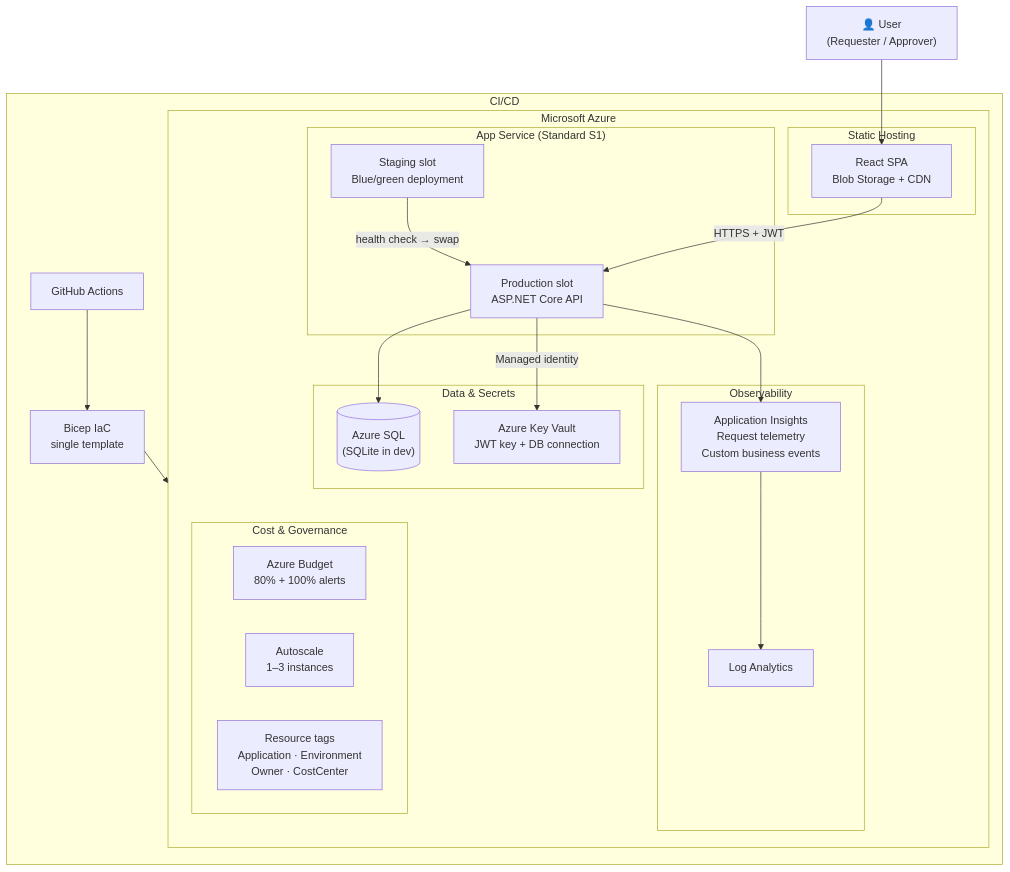
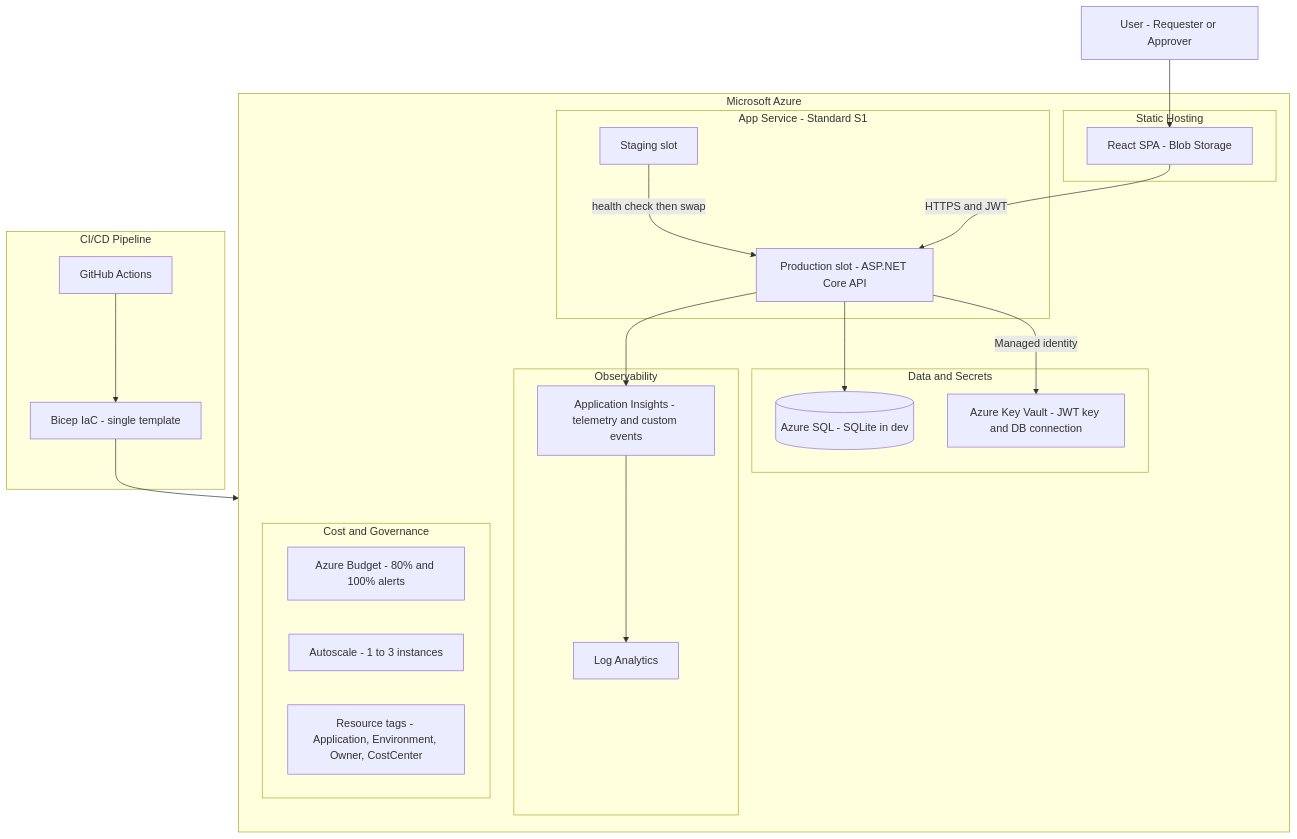
The second of 5 diagrams in docs/presentation-diagrams.md (Jugcmd/CloudSec), drawn with Mermaid before and after one commit. The commit also changed other lines of this file, not shown here.

Commit message:
fix: remove incompatible Mermaid syntax - emoji, arrows, special chars, quoted subgraphs

````diff
--- a/docs/presentation-diagrams.md
+++ b/docs/presentation-diagrams.md
@@ -34,45 +34,46 @@
 ```mermaid
 flowchart TB
-    User["👤 User\n(Requester / Approver)"]
+    User["User - Requester or Approver"]
 
-    subgraph AZURE ["Microsoft Azure"]
-        subgraph FRONTEND ["Static Hosting"]
-            FE["React SPA\nBlob Storage + CDN"]
+    subgraph CICD [CI/CD Pipeline]
+        GH["GitHub Actions"]
+        BICEP["Bicep IaC - single template"]
+        GH --> BICEP
+    end
+
+    subgraph AZURE [Microsoft Azure]
+        subgraph FRONTEND [Static Hosting]
+            FE["React SPA - Blob Storage"]
         end
 
-        subgraph API_TIER ["App Service (Standard S1)"]
-            PROD["Production slot\nASP.NET Core API"]
-            STAGING["Staging slot\nBlue/green deployment"]
-            STAGING -->|health check → swap| PROD
+        subgraph API_TIER [App Service - Standard S1]
+            STAGING["Staging slot"]
+            PROD["Production slot - ASP.NET Core API"]
+            STAGING -->|"health check then swap"| PROD
         end
 
-        subgraph DATA ["Data & Secrets"]
-            DB[("Azure SQL\n(SQLite in dev)")]
-            KV["Azure Key Vault\nJWT key + DB connection"]
+        subgraph DATA [Data and Secrets]
+            DB[("Azure SQL - SQLite in dev")]
+            KV["Azure Key Vault - JWT key and DB connection"]
         end
 
-        subgraph OBS ["Observability"]
-            AI["Application Insights\nRequest telemetry\nCustom business events"]
+        subgraph OBS [Observability]
+            AI["Application Insights - telemetry and custom events"]
             LA["Log Analytics"]
         end
 
-        subgraph COST ["Cost & Governance"]
-            BUDGET["Azure Budget\n80% + 100% alerts"]
-            SCALE["Autoscale\n1–3 instances"]
-            TAGS["Resource tags\nApplication · Environment\nOwner · CostCenter"]
+        subgraph GOVN [Cost and Governance]
+            BUDGET["Azure Budget - 80% and 100% alerts"]
+            SCALE["Autoscale - 1 to 3 instances"]
+            TAGS["Resource tags - Application, Environment, Owner, CostCenter"]
         end
     end
 
-    subgraph CICD ["CI/CD"]
-        GH["GitHub Actions"]
-        BICEP["Bicep IaC\nsingle template"]
-        GH --> BICEP --> AZURE
-    end
-
+    BICEP --> AZURE
     User --> FE
-    FE -->|"HTTPS + JWT"| PROD
+    FE -->|"HTTPS and JWT"| PROD
     PROD --> DB
     PROD -->|"Managed identity"| KV
     PROD --> AI
     AI --> LA
 ```
````
